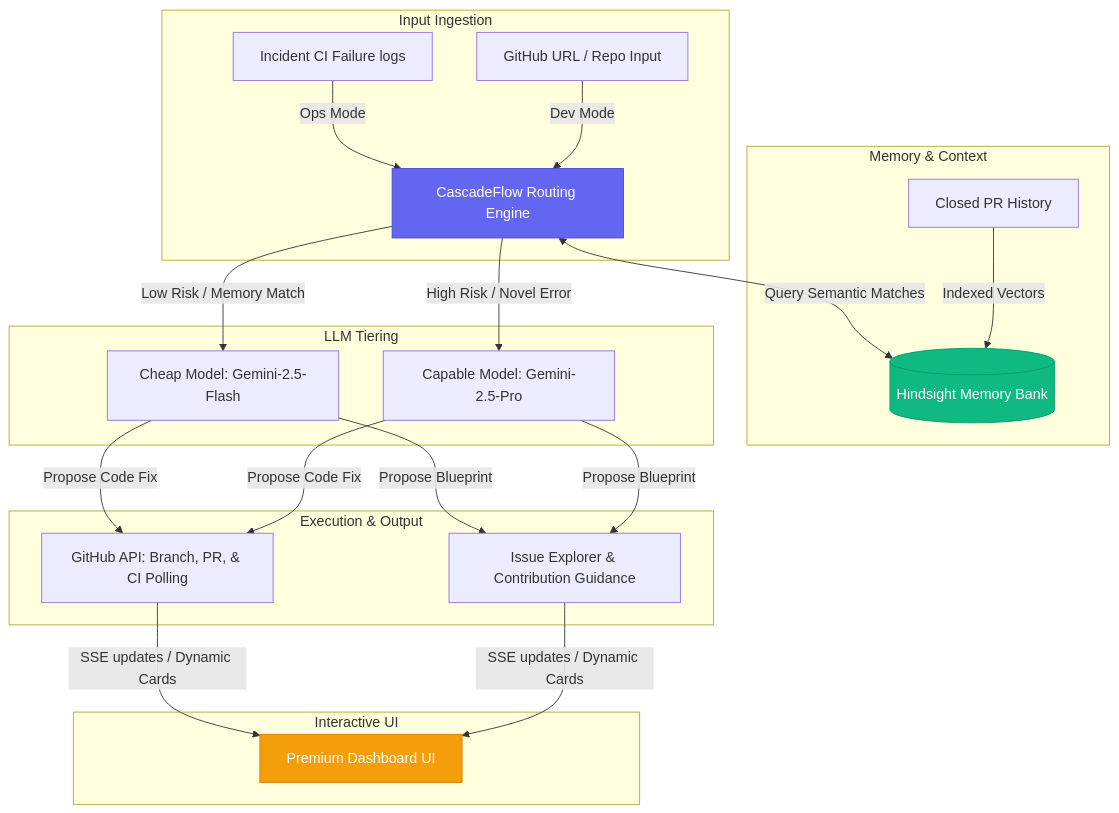
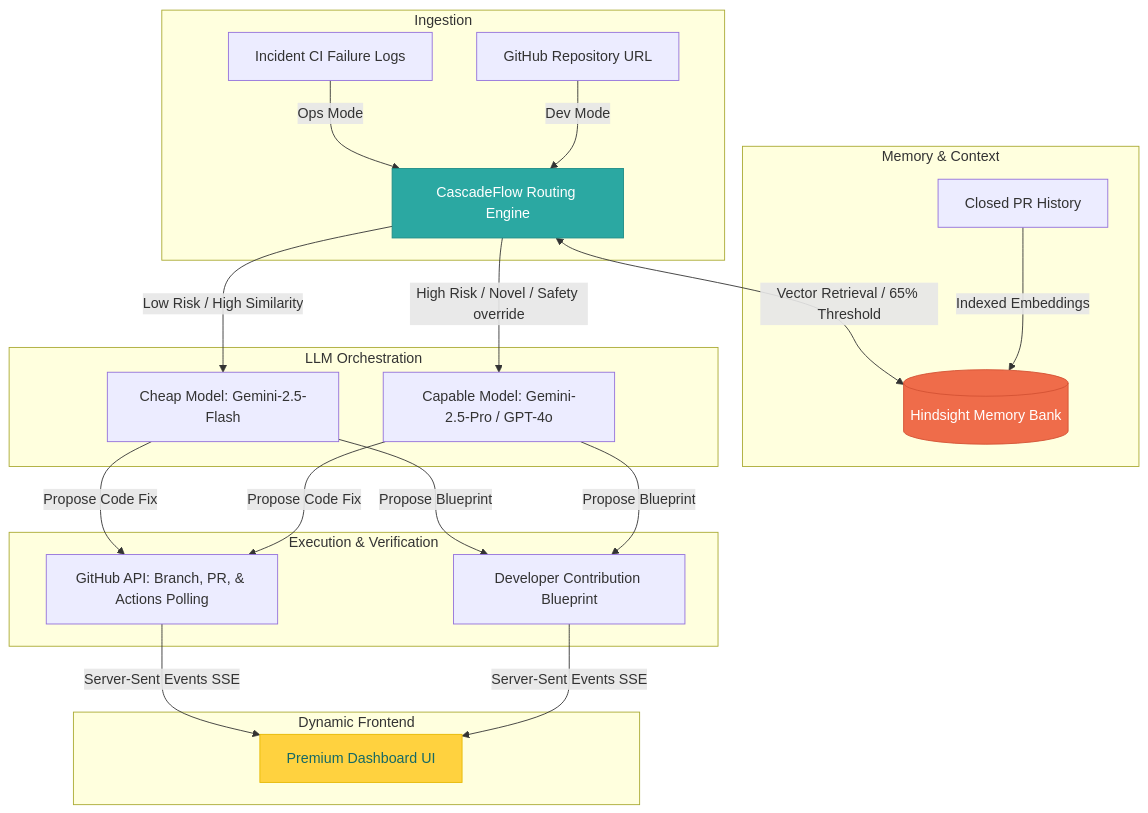
One commit to atulXdev/DevMind changed the diagram in README.md. Above: the diagram before and after it, drawn with Mermaid. The commit also changed other lines of this file and 10 other files, not shown here.

````diff
--- a/README.md
+++ b/README.md
@@ -15,30 +15,30 @@
 ```mermaid
 graph TD
-    subgraph Input Ingestion
-        A[Incident CI Failure logs] -->|Ops Mode| C[CascadeFlow Routing Engine]
-        B[GitHub URL / Repo Input] -->|Dev Mode| C
+    subgraph Ingestion
+        A[Incident CI Failure Logs] -->|Ops Mode| C[CascadeFlow Routing Engine]
+        B[GitHub Repository URL] -->|Dev Mode| C
     end
 
     subgraph Memory & Context
-        C <-->|Query Semantic Matches| D[(Hindsight Memory Bank)]
-        E[Closed PR History] -->|Indexed Vectors| D
+        C <-->|Vector Retrieval / 65% Threshold| D[(Hindsight Memory Bank)]
+        E[Closed PR History] -->|Indexed Embeddings| D
     end
 
-    subgraph LLM Tiering
-        C -->|Low Risk / Memory Match| F[Cheap Model: Gemini-2.5-Flash]
-        C -->|High Risk / Novel Error| G[Capable Model: Gemini-2.5-Pro]
+    subgraph LLM Orchestration
+        C -->|Low Risk / High Similarity| F[Cheap Model: Gemini-2.5-Flash]
+        C -->|High Risk / Novel / Safety override| G[Capable Model: Gemini-2.5-Pro / GPT-4o]
     end
 
-    subgraph Execution & Output
-        F & G -->|Propose Code Fix| H[GitHub API: Branch, PR, & CI Polling]
-        F & G -->|Propose Blueprint| I[Issue Explorer & Contribution Guidance]
+    subgraph Execution & Verification
+        F & G -->|Propose Code Fix| H[GitHub API: Branch, PR, & Actions Polling]
+        F & G -->|Propose Blueprint| I[Developer Contribution Blueprint]
     end
 
-    subgraph Interactive UI
-        H & I -->|SSE updates / Dynamic Cards| J[Premium Dashboard UI]
+    subgraph Dynamic Frontend
+        H & I -->|Server-Sent Events SSE| J[Premium Dashboard UI]
     end
     
-    style C fill:#6366f1,stroke:#4f46e5,color:#fff
-    style D fill:#10b981,stroke:#059669,color:#fff
-    style J fill:#f59e0b,stroke:#d97706,color:#fff
+    style C fill:#2BA8A2,stroke:#1E8C86,color:#fff
+    style D fill:#EF6C4A,stroke:#D45233,color:#fff
+    style J fill:#FFD23F,stroke:#E6B800,color:#166964
 ```
````
